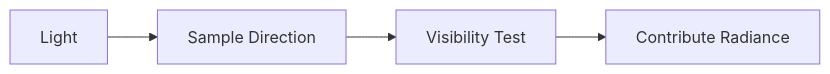
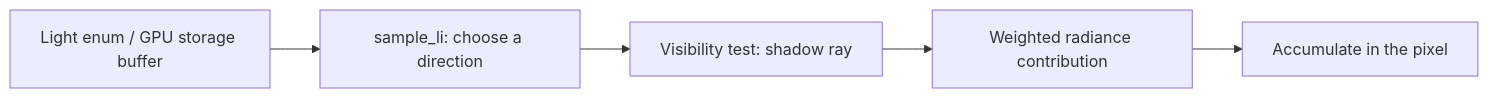
Before and after one commit to whyyoudodisjojo/pbrt-wgpu: the first of 19 diagrams in chapters/12-light-sources.md, drawn with Mermaid. The commit also changed other lines of this file and 15 other files, not shown here.

````diff
--- a/chapters/12-light-sources.md
+++ b/chapters/12-light-sources.md
@@ -5,6 +20,7 @@
 ```mermaid
 flowchart LR
-    A[Light] --> B[Sample Direction]
-    B --> C[Visibility Test]
-    C --> D[Contribute Radiance]
+    A["Light enum / GPU storage buffer"] --> B["sample_li: choose a direction"]
+    B --> C["Visibility test: shadow ray"]
+    C --> D["Weighted radiance contribution"]
+    D --> E["Accumulate in the pixel"]
 ```
````
